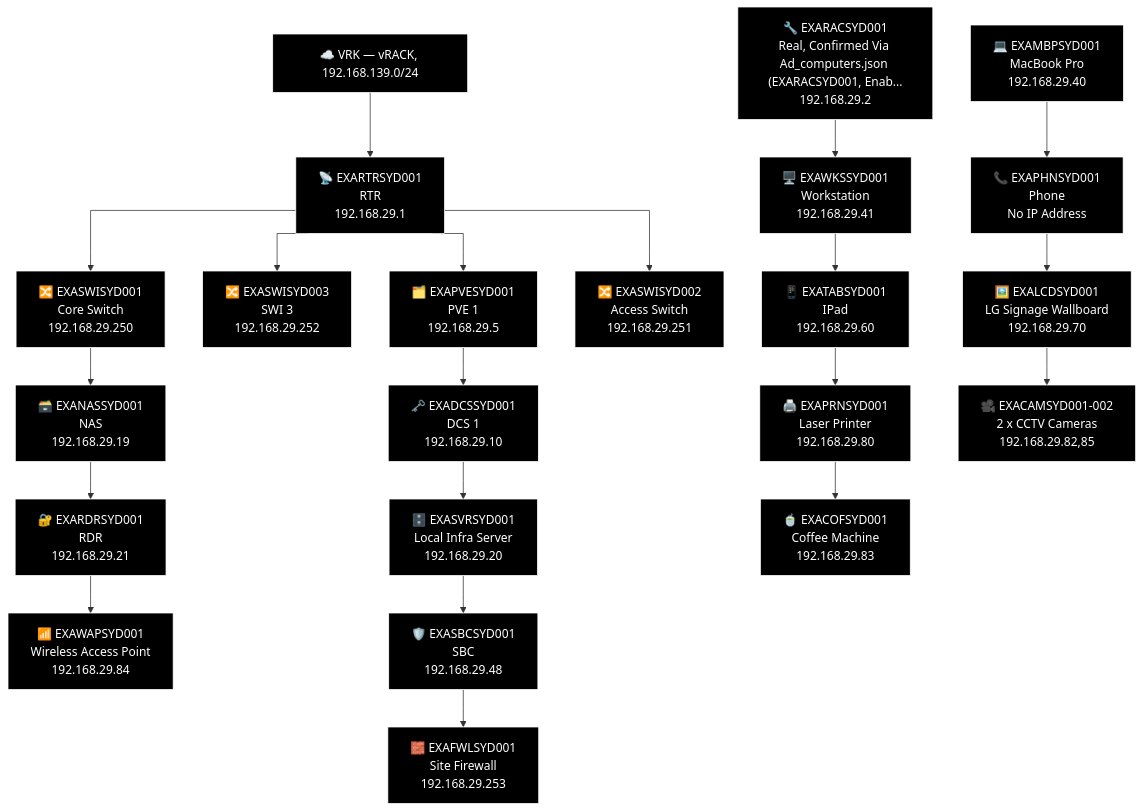
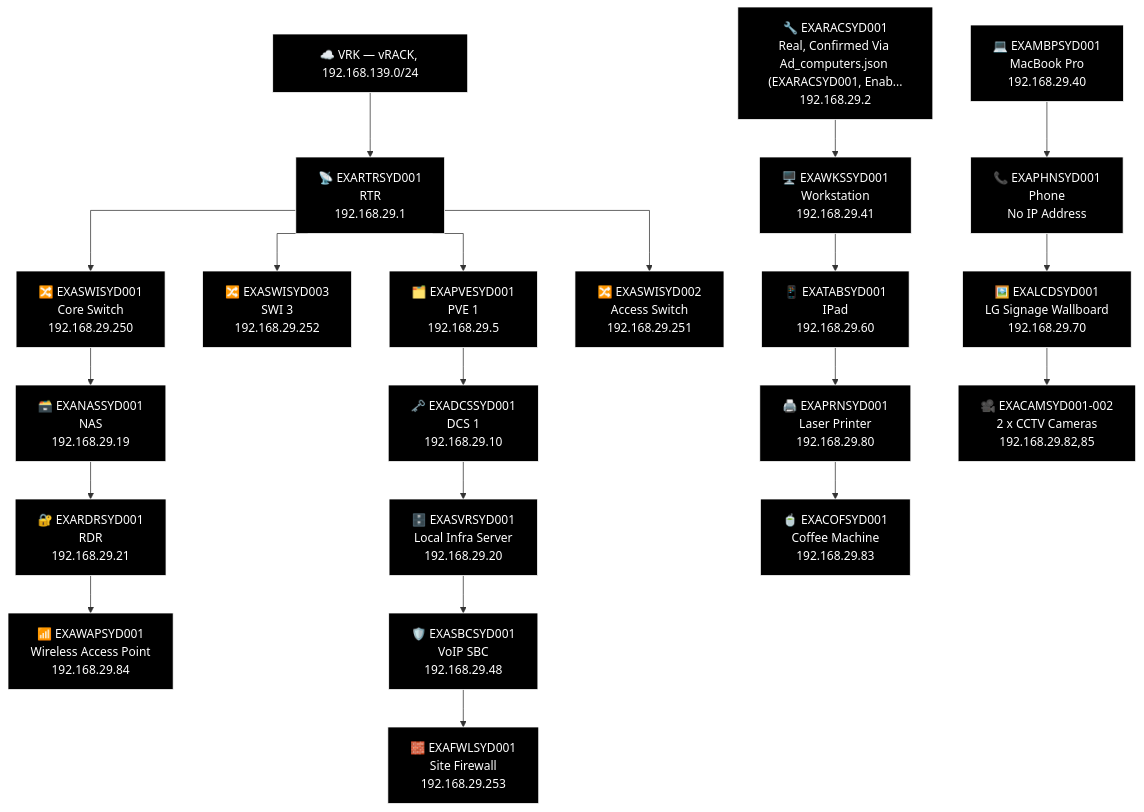
Before and after one commit to knightmare2600/example_music_infra: the third of 6 diagrams in docs/network-diagram/australia.md, drawn with Mermaid. The commit also changed other lines of this file and 36 other files, not shown here.

````diff
--- a/docs/network-diagram/australia.md
+++ b/docs/network-diagram/australia.md
@@ -134,59 +134,59 @@
 ```mermaid
 %% GENERATED:TOPOLOGY:SYD:START
 %%{init: {'flowchart': {'curve': 'stepAfter'}}}%%
 graph TD
     T_VRK["☁️ VRK — vRACK, 192.168.139.0/24"]
     T_RTR["📡 EXARTRSYD001<br/>RTR<br/>192.168.29.1"]
     T_VRK --> T_RTR
     T_PVE["🗂️ EXAPVESYD001<br/>PVE 1<br/>192.168.29.5"]
     T_RTR --> T_PVE
     T_SWI["🔀 EXASWISYD003<br/>SWI 3<br/>192.168.29.252"]
     T_RTR --> T_SWI
     T_SWI2["🔀 EXASWISYD001<br/>Core Switch<br/>192.168.29.250"]
     T_RTR --> T_SWI2
     T_SWI3["🔀 EXASWISYD002<br/>Access Switch<br/>192.168.29.251"]
     T_RTR --> T_SWI3
     T_NAS["🗃️ EXANASSYD001<br/>NAS<br/>192.168.29.19"]
     T_RDR["🔐 EXARDRSYD001<br/>RDR<br/>192.168.29.21"]
     T_WAP["📶 EXAWAPSYD001<br/>Wireless Access Point<br/>192.168.29.84"]
     T_SWI2 --> T_NAS --> T_RDR --> T_WAP
     T_DCS["🗝️ EXADCSSYD001<br/>DCS 1<br/>192.168.29.10"]
     T_SVR["🗄️ EXASVRSYD001<br/>Local Infra Server<br/>192.168.29.20"]
-    T_SBC["🛡️ EXASBCSYD001<br/>SBC<br/>192.168.29.48"]
+    T_SBC["🛡️ EXASBCSYD001<br/>VoIP SBC<br/>192.168.29.48"]
     T_FWL["🧱 EXAFWLSYD001<br/>Site Firewall<br/>192.168.29.253"]
     T_PVE --> T_DCS --> T_SVR --> T_SBC --> T_FWL
     T_RAC["🔧 EXARACSYD001<br/>Real, Confirmed Via Ad_computers.json (EXARACSYD001, Enab...<br/>192.168.29.2"]
     T_MBP["💻 EXAMBPSYD001<br/>MacBook Pro<br/>192.168.29.40"]
     T_WKS["🖥️ EXAWKSSYD001<br/>Workstation<br/>192.168.29.41"]
     T_PHN["📞 EXAPHNSYD001<br/>Phone<br/>No IP Address"]
     T_TAB["📱 EXATABSYD001<br/>IPad<br/>192.168.29.60"]
     T_LCD["🖼️ EXALCDSYD001<br/>LG Signage Wallboard<br/>192.168.29.70"]
     T_PRN["🖨️ EXAPRNSYD001<br/>Laser Printer<br/>192.168.29.80"]
     T_OTH_CAM["🎥 EXACAMSYD001-002<br/>2 x CCTV Cameras<br/>192.168.29.82,85"]
     T_COF["🍵 EXACOFSYD001<br/>Coffee Machine<br/>192.168.29.83"]
     T_RAC --> T_WKS --> T_TAB --> T_PRN --> T_COF
     T_MBP --> T_PHN --> T_LCD --> T_OTH_CAM
     style T_VRK fill:#000000,stroke:#FFFFFF,color:#FFFFFF
     style T_RTR fill:#000000,stroke:#FFFFFF,color:#FFFFFF
     style T_PVE fill:#000000,stroke:#FFFFFF,color:#FFFFFF
     style T_SWI fill:#000000,stroke:#FFFFFF,color:#FFFFFF
     style T_SWI2 fill:#000000,stroke:#FFFFFF,color:#FFFFFF
     style T_SWI3 fill:#000000,stroke:#FFFFFF,color:#FFFFFF
     style T_NAS fill:#000000,stroke:#FFFFFF,color:#FFFFFF
     style T_RDR fill:#000000,stroke:#FFFFFF,color:#FFFFFF
     style T_WAP fill:#000000,stroke:#FFFFFF,color:#FFFFFF
     style T_DCS fill:#000000,stroke:#FFFFFF,color:#FFFFFF
     style T_SVR fill:#000000,stroke:#FFFFFF,color:#FFFFFF
     style T_SBC fill:#000000,stroke:#FFFFFF,color:#FFFFFF
     style T_FWL fill:#000000,stroke:#FFFFFF,color:#FFFFFF
     style T_RAC fill:#000000,stroke:#FFFFFF,color:#FFFFFF
     style T_MBP fill:#000000,stroke:#FFFFFF,color:#FFFFFF
     style T_WKS fill:#000000,stroke:#FFFFFF,color:#FFFFFF
     style T_PHN fill:#000000,stroke:#FFFFFF,color:#FFFFFF
     style T_TAB fill:#000000,stroke:#FFFFFF,color:#FFFFFF
     style T_LCD fill:#000000,stroke:#FFFFFF,color:#FFFFFF
     style T_PRN fill:#000000,stroke:#FFFFFF,color:#FFFFFF
     style T_OTH_CAM fill:#000000,stroke:#FFFFFF,color:#FFFFFF
     style T_COF fill:#000000,stroke:#FFFFFF,color:#FFFFFF
 %% GENERATED:TOPOLOGY:SYD:END
 ```
````
